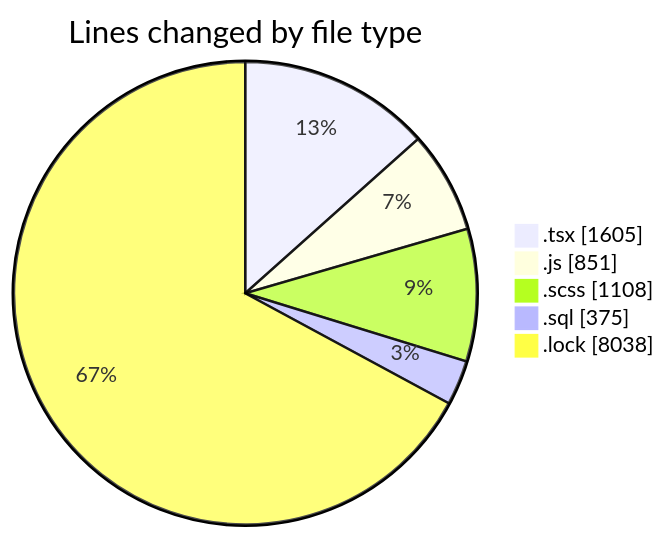
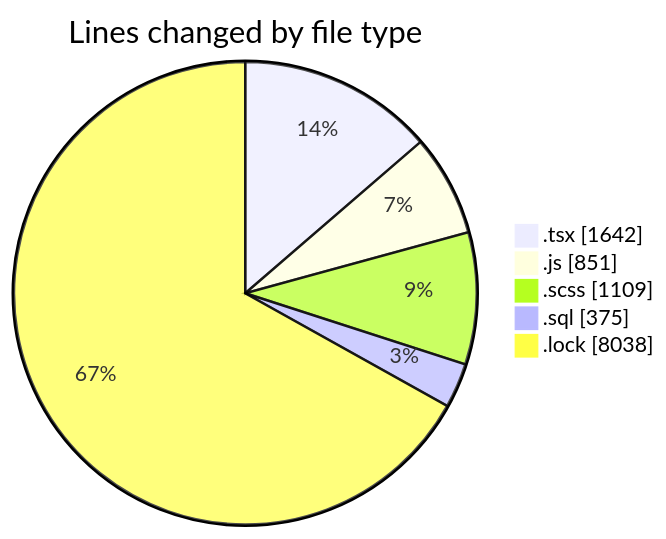
One commit to momahboobian/code-tracking changed the first of 2 diagrams in 2025-03-18/cda/README.md. Above: the diagram before and after it, drawn with Mermaid. The commit also changed other lines of this file and 1 other file, not shown here.

````diff
--- a/2025-03-18/cda/README.md
+++ b/2025-03-18/cda/README.md
@@ -32,9 +32,9 @@
 ```mermaid
 pie showData
 title Lines changed by file type
-".tsx" : 1605
+".tsx" : 1642
 ".js" : 851
-".scss" : 1108
+".scss" : 1109
 ".sql" : 375
 ".lock" : 8038
 ```
````
